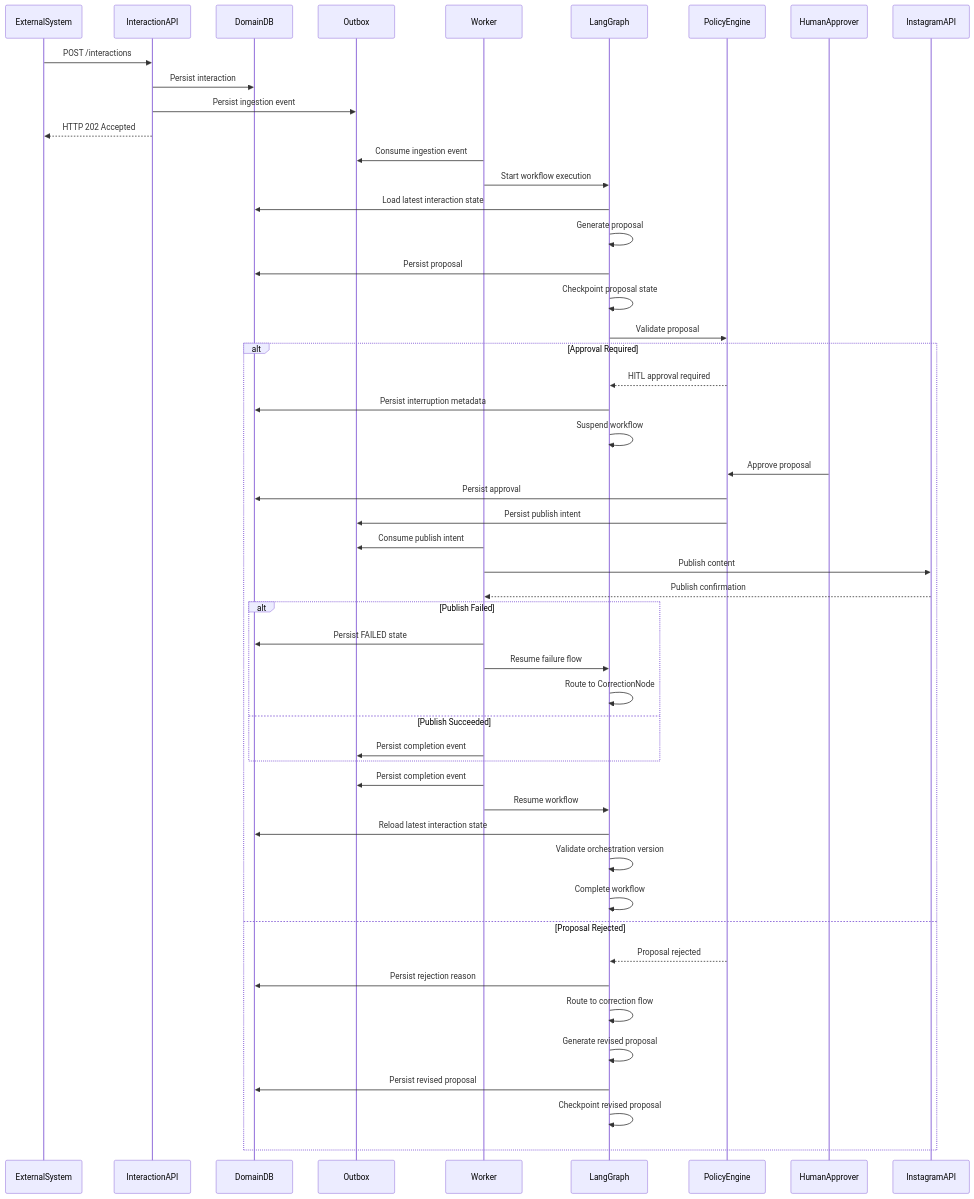
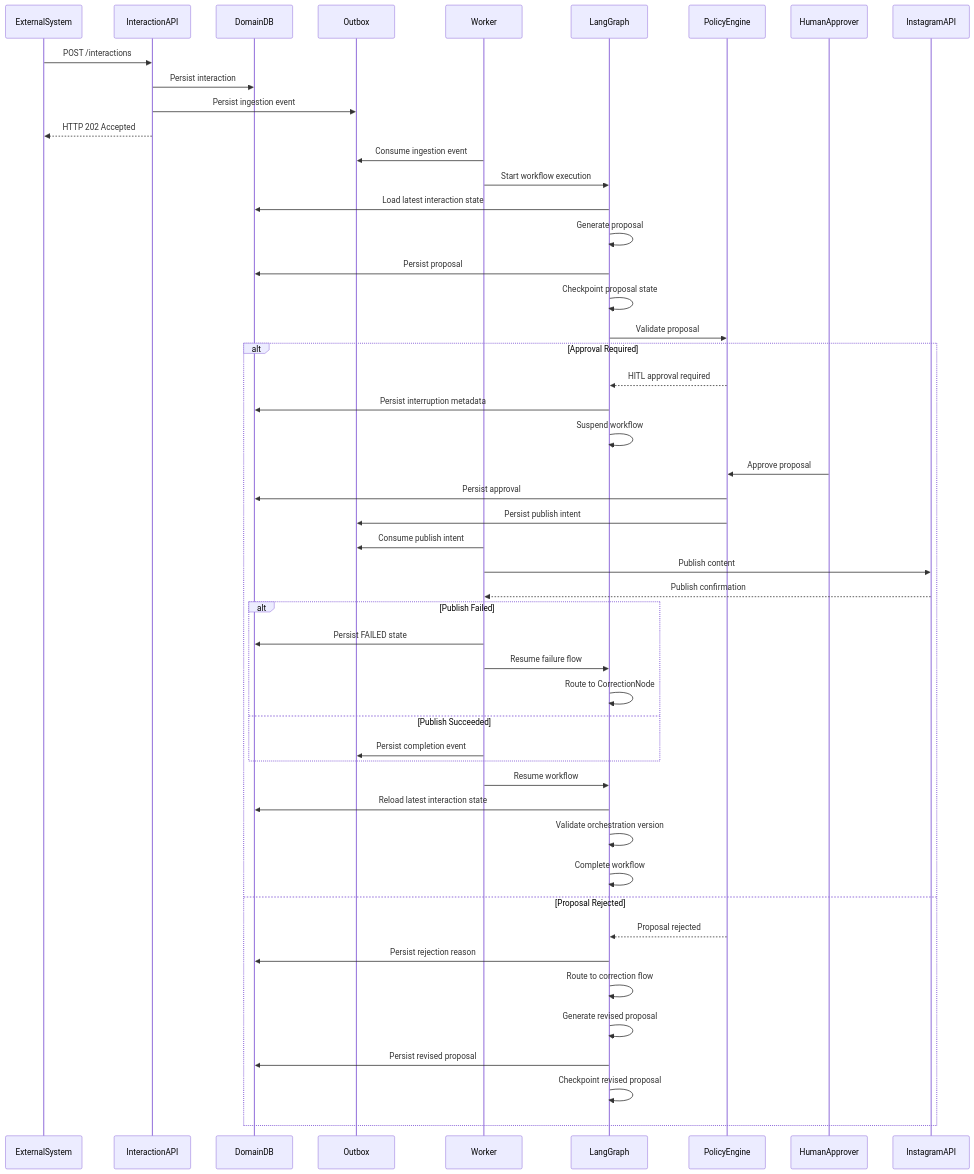
The diagram in docs/05-sequences/interaction-flow.md (acavalcanti/ai-event-platform), drawn with Mermaid before and after one commit. The commit also changed 4 other files, not shown here.

````diff
--- a/docs/05-sequences/interaction-flow.md
+++ b/docs/05-sequences/interaction-flow.md
@@ -18,77 +18,75 @@
 ```mermaid
 sequenceDiagram
 
 participant ExternalSystem
 participant InteractionAPI
 participant DomainDB
 participant Outbox
 participant Worker
 participant LangGraph
 participant PolicyEngine
 participant HumanApprover
 participant InstagramAPI
 
 ExternalSystem->>InteractionAPI: POST /interactions
 InteractionAPI->>DomainDB: Persist interaction
 InteractionAPI->>Outbox: Persist ingestion event
 InteractionAPI-->>ExternalSystem: HTTP 202 Accepted
 
 Worker->>Outbox: Consume ingestion event
 Worker->>LangGraph: Start workflow execution
 
 LangGraph->>DomainDB: Load latest interaction state
 LangGraph->>LangGraph: Generate proposal
 
 LangGraph->>DomainDB: Persist proposal
 LangGraph->>LangGraph: Checkpoint proposal state
 
 LangGraph->>PolicyEngine: Validate proposal
 
 alt Approval Required
 
     PolicyEngine-->>LangGraph: HITL approval required
 
     LangGraph->>DomainDB: Persist interruption metadata
     LangGraph->>LangGraph: Suspend workflow
 
     HumanApprover->>PolicyEngine: Approve proposal
 
     PolicyEngine->>DomainDB: Persist approval
     PolicyEngine->>Outbox: Persist publish intent
 
     Worker->>Outbox: Consume publish intent
     Worker->>InstagramAPI: Publish content
 
     InstagramAPI-->>Worker: Publish confirmation
 
     alt Publish Failed
         Worker->>DomainDB: Persist FAILED state
         Worker->>LangGraph: Resume failure flow
         LangGraph->>LangGraph: Route to CorrectionNode
 
     else Publish Succeeded
         Worker->>Outbox: Persist completion event
     end
 
-    Worker->>Outbox: Persist completion event
-
     Worker->>LangGraph: Resume workflow
 
     LangGraph->>DomainDB: Reload latest interaction state
     LangGraph->>LangGraph: Validate orchestration version
     LangGraph->>LangGraph: Complete workflow
 
 else Proposal Rejected
 
     PolicyEngine-->>LangGraph: Proposal rejected
 
     LangGraph->>DomainDB: Persist rejection reason
     LangGraph->>LangGraph: Route to correction flow
 
     LangGraph->>LangGraph: Generate revised proposal
 
     LangGraph->>DomainDB: Persist revised proposal
     LangGraph->>LangGraph: Checkpoint revised proposal
 
 end
 ```
````
